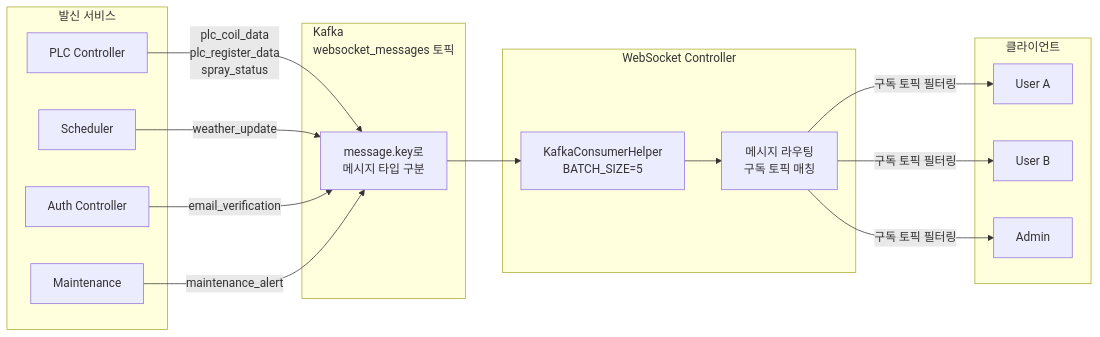
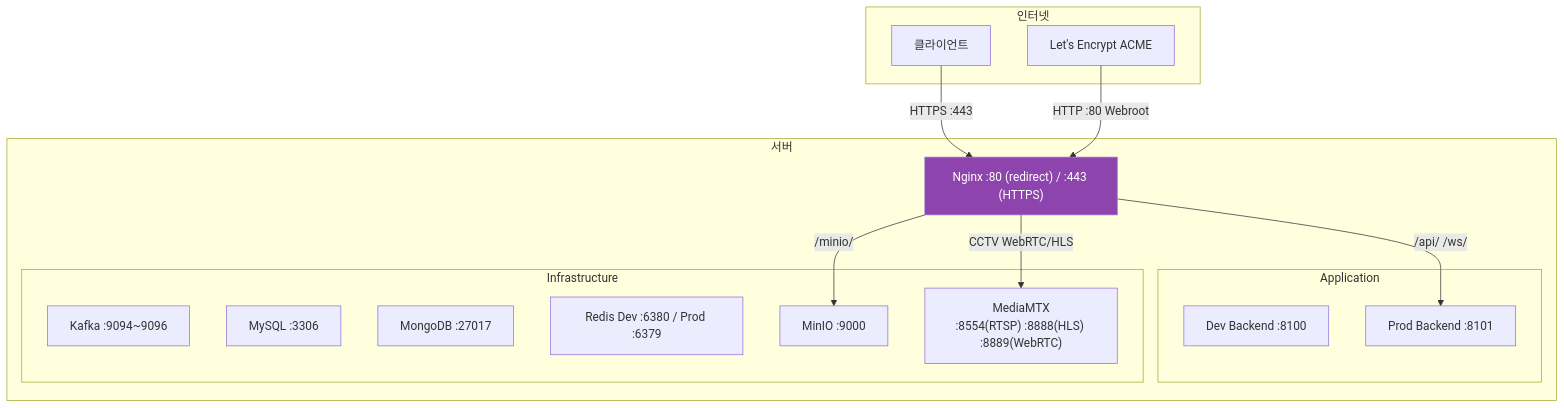
Before and after one commit to 1985jwlee/production-iot-backend: diagram 14 of 16 in docs/ARCHITECTURE.md, drawn with Mermaid. The commit also changed other lines of this file and 11 other files, not shown here.

````diff
--- a/docs/ARCHITECTURE.md
+++ b/docs/ARCHITECTURE.md
@@ -339,31 +577,33 @@
 ```mermaid
-graph LR
-    subgraph Services["발신 서비스"]
-        PLC_C["PLC Controller"]
-        SCHED["Scheduler"]
-        AUTH_C["Auth Controller"]
-        MAINT_C["Maintenance"]
+graph TB
+    subgraph Internet["인터넷"]
+        CLIENT["클라이언트"]
+        LE["Let's Encrypt ACME"]
     end
 
-    subgraph Kafka["Kafka\nwebsocket_messages 토픽"]
-        K["message.key로\n메시지 타입 구분"]
+    subgraph Server["서버"]
+        NGINX["Nginx :80 (redirect) / :443 (HTTPS)"]
+
+        subgraph App["Application"]
+            DEV["Dev Backend :8100"]
+            PROD["Prod Backend :8101"]
+        end
+
+        subgraph Infra["Infrastructure"]
+            KAFKA_S["Kafka :9094~9096"]
+            MYSQL_S["MySQL :3306"]
+            MONGO_S["MongoDB :27017"]
+            REDIS_D["Redis Dev :6380 / Prod :6379"]
+            MINIO_S["MinIO :9000"]
+            MEDIAMTX_S["MediaMTX\n:8554(RTSP) :8888(HLS) :8889(WebRTC)"]
+        end
     end
 
-    subgraph WS["WebSocket Controller"]
-        CONSUMER["KafkaConsumerHelper\nBATCH_SIZE=5"]
-        ROUTER["메시지 라우팅\n구독 토픽 매칭"]
-    end
+    CLIENT -->|"HTTPS :443"| NGINX
+    LE -->|"HTTP :80 Webroot"| NGINX
+    NGINX -->|"/api/ /ws/"| PROD
+    NGINX -->|"CCTV WebRTC/HLS"| MEDIAMTX_S
+    NGINX -->|"/minio/"| MINIO_S
 
-    subgraph Clients["클라이언트"]
-        C1["User A"]
-        C2["User B"]
-        C3["Admin"]
-    end
-
-    PLC_C -->|"plc_coil_data\nplc_register_data\nspray_status"| K
-    SCHED -->|"weather_update"| K
-    AUTH_C -->|"email_verification"| K
-    MAINT_C -->|"maintenance_alert"| K
-    K --> CONSUMER --> ROUTER
-    ROUTER -->|"구독 토픽 필터링"| C1 & C2 & C3
+    style NGINX fill:#8e44ad,color:#fff
 ```
````
